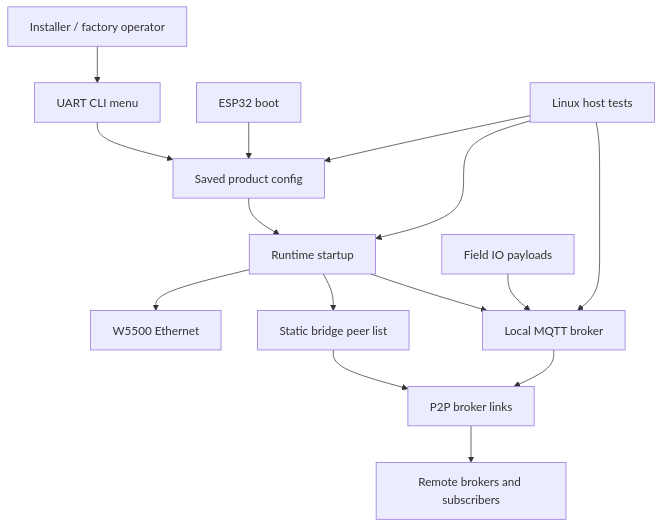
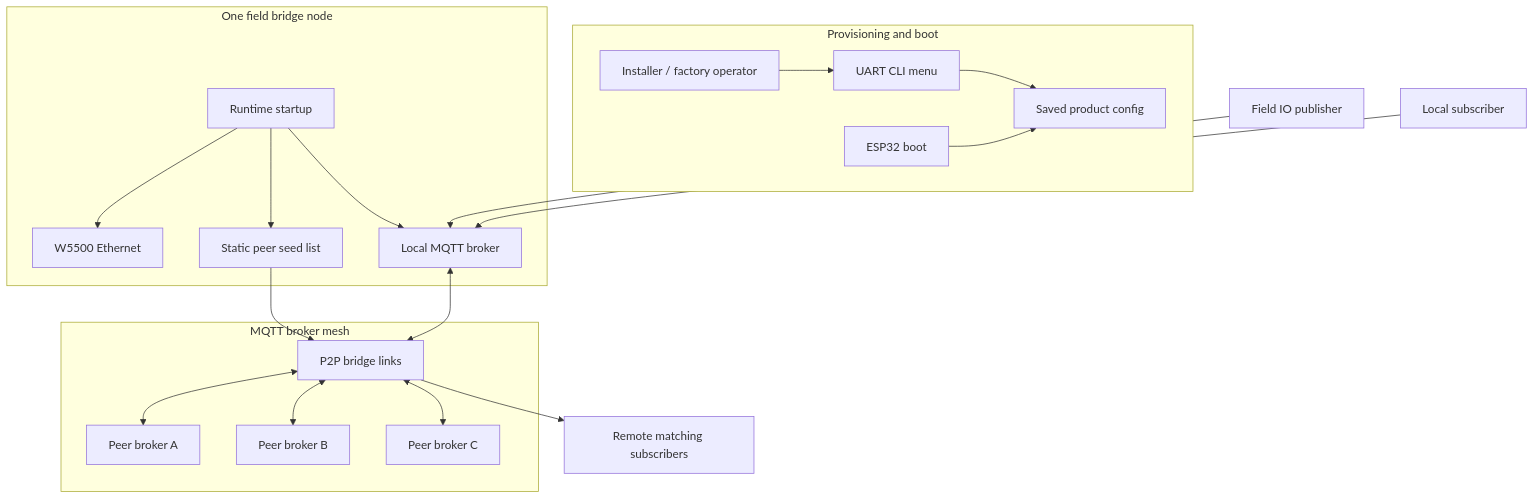
One commit to judadao/mqtt_field_bridge_app changed the first of 4 diagrams in README.md. Above: the diagram before and after it, drawn with Mermaid. The commit also changed other lines of this file, not shown here.

Commit message:
docs: expand mesh recovery README diagrams

````diff
--- a/README.md
+++ b/README.md
@@ -172,20 +175,38 @@
 ```mermaid
 flowchart TD
-    Installer[Installer / factory operator] --> CLI[UART CLI menu]
-    CLI --> Saved[Saved product config]
+    subgraph Provisioning[Provisioning and boot]
+        Installer[Installer / factory operator]
+        CLI[UART CLI menu]
+        Config[Saved product config]
+        Boot[ESP32 boot]
+        Installer --> CLI
+        CLI --> Config
+        Boot --> Config
+    end
 
-    Boot[ESP32 boot] --> Saved
-    Saved --> Runtime[Runtime startup]
-    Runtime --> Ethernet[W5500 Ethernet]
-    Runtime --> LocalBroker[Local MQTT broker]
-    Runtime --> Peers[Static bridge peer list]
+    subgraph Node[One field bridge node]
+        Runtime[Runtime startup]
+        Net[W5500 Ethernet]
+        Broker[Local MQTT broker]
+        PeerList[Static peer seed list]
+        Runtime --> Net
+        Runtime --> Broker
+        Runtime --> PeerList
+    end
 
-    Peers --> Mesh[P2P broker links]
-    FieldIO[Field IO payloads] --> LocalBroker
-    LocalBroker --> Mesh
-    Mesh --> Remote[Remote brokers and subscribers]
+    subgraph Mesh[MQTT broker mesh]
+        P2P[P2P bridge links]
+        RemoteA[Peer broker A]
+        RemoteB[Peer broker B]
+        RemoteC[Peer broker C]
+        PeerList --> P2P
+        P2P <--> RemoteA
+        P2P <--> RemoteB
+        P2P <--> RemoteC
+    end
 
-    Tests[Linux host tests] --> Saved
-    Tests --> Runtime
-    Tests --> LocalBroker
+    FieldIO[Field IO publisher] --> Broker
+    LocalSub[Local subscriber] --> Broker
+    Broker <--> P2P
+    P2P --> RemoteSub[Remote matching subscribers]
 ```
````
